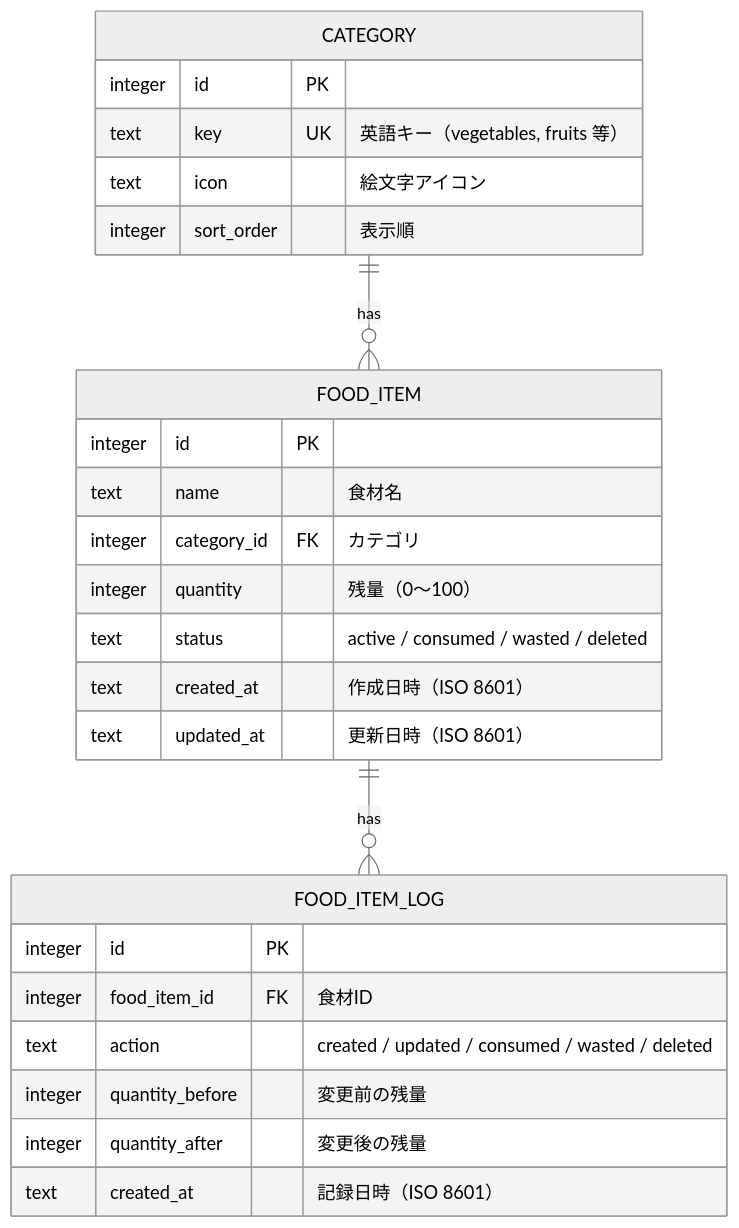
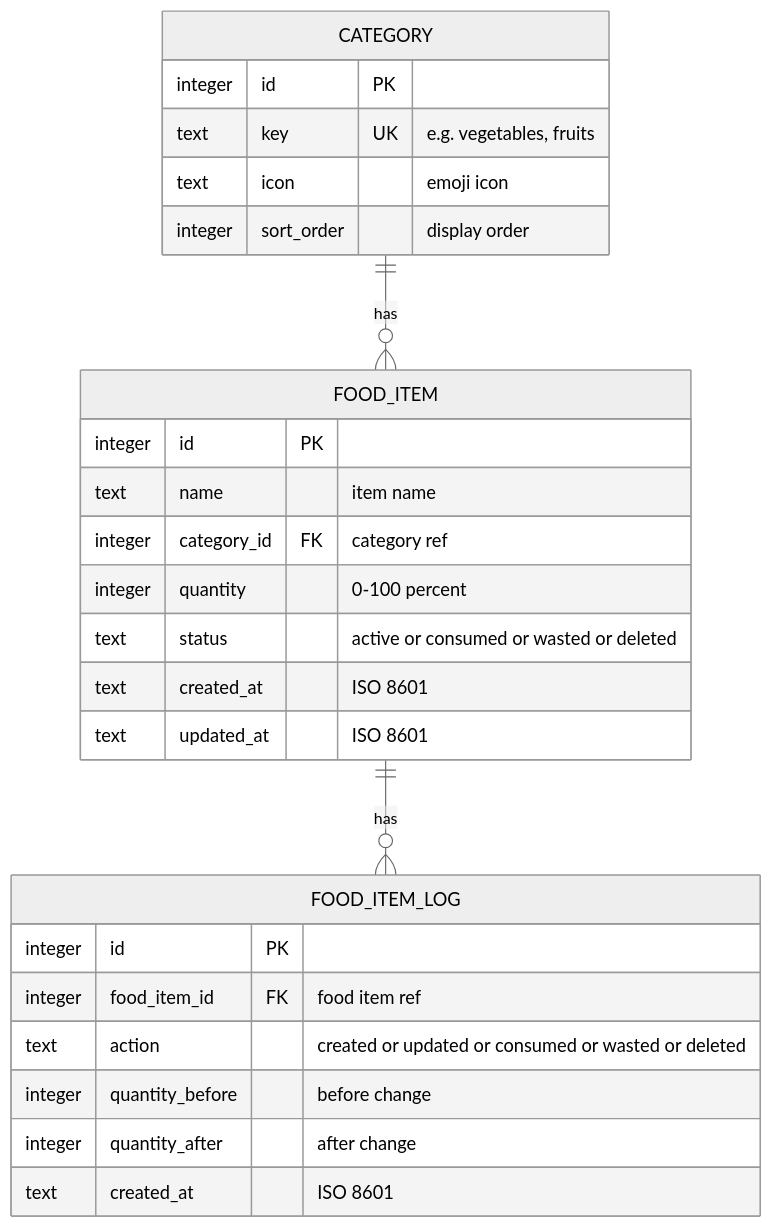
One commit to tigaweb/mottainai changed the first of 2 diagrams in docs/functional-design.md. Above: the diagram before and after it, drawn with Mermaid (neutral theme).

Commit message:
ER図のMermaidコメントを英語に変更（GitHub描画対応）

````diff
--- a/docs/functional-design.md
+++ b/docs/functional-design.md
@@ -7,31 +7,31 @@
 ```mermaid
 erDiagram
     FOOD_ITEM ||--o{ FOOD_ITEM_LOG : "has"
     CATEGORY ||--o{ FOOD_ITEM : "has"
 
     CATEGORY {
         integer id PK
-        text key UK "英語キー（vegetables, fruits 等）"
-        text icon "絵文字アイコン"
-        integer sort_order "表示順"
+        text key UK "e.g. vegetables, fruits"
+        text icon "emoji icon"
+        integer sort_order "display order"
     }
 
     FOOD_ITEM {
         integer id PK
-        text name "食材名"
-        integer category_id FK "カテゴリ"
-        integer quantity "残量（0〜100）"
-        text status "active / consumed / wasted / deleted"
-        text created_at "作成日時（ISO 8601）"
-        text updated_at "更新日時（ISO 8601）"
+        text name "item name"
+        integer category_id FK "category ref"
+        integer quantity "0-100 percent"
+        text status "active or consumed or wasted or deleted"
+        text created_at "ISO 8601"
+        text updated_at "ISO 8601"
     }
 
     FOOD_ITEM_LOG {
         integer id PK
-        integer food_item_id FK "食材ID"
-        text action "created / updated / consumed / wasted / deleted"
-        integer quantity_before "変更前の残量"
-        integer quantity_after "変更後の残量"
-        text created_at "記録日時（ISO 8601）"
+        integer food_item_id FK "food item ref"
+        text action "created or updated or consumed or wasted or deleted"
+        integer quantity_before "before change"
+        integer quantity_after "after change"
+        text created_at "ISO 8601"
     }
 ```
````
